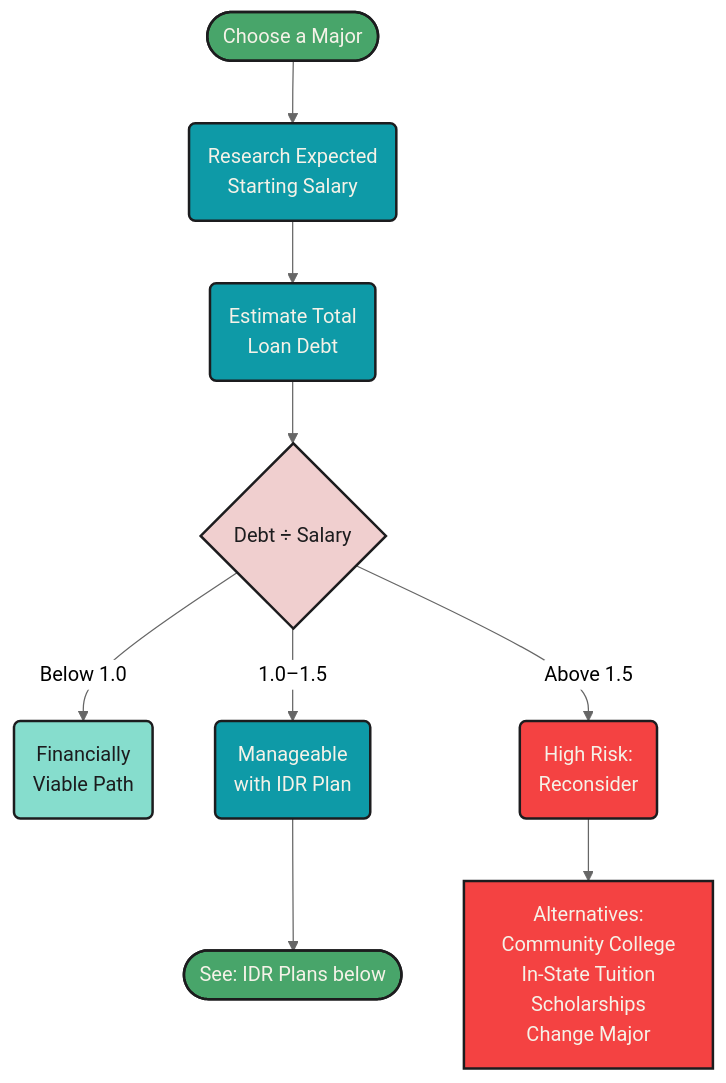
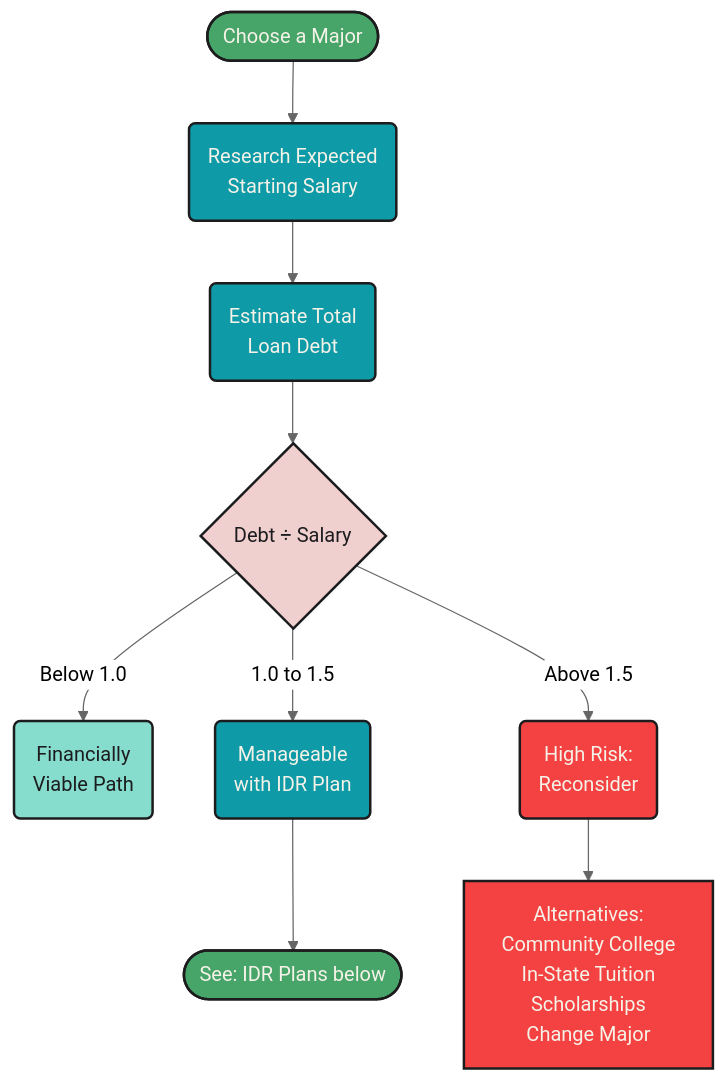
One commit to mjfrigaard/fm-finance changed the second of 7 diagrams in managing_debt.qmd. Above: the diagram before and after it, drawn with Mermaid. The commit also changed other lines of this file and 22 other files, not shown here.

````diff
--- a/managing_debt.qmd
+++ b/managing_debt.qmd
@@ -108,24 +108,24 @@
 ```{mermaid}
 %%| fig-cap: 'Major vs. Salary vs. Debt'
 %%| fig-align: center
 %%{init: {'theme': 'neutral', 'themeVariables': { 'fontFamily': 'monospace', "darkMode":false, "fontSize":"16px"}}}%%
 
 flowchart TD
     MajorChoice(["Choose a Major"]) --> ResearchSal("Research Expected<br>Starting Salary")
     ResearchSal --> EstDebt("Estimate Total<br>Loan Debt")
     EstDebt --> RatioCheck{"Debt ÷ Salary"}
     RatioCheck -->|"Below 1.0"| Viable("Financially<br>Viable Path")
-    RatioCheck -->|"1.0–1.5"| IDRPath("Manageable<br>with IDR Plan")
+    RatioCheck -->|"1.0 to 1.5"| IDRPath("Manageable<br>with IDR Plan")
     RatioCheck -->|"Above 1.5"| HighRisk("High Risk:<br>Reconsider")
     HighRisk --> Alternatives["Alternatives:<br>Community College<br>In-State Tuition<br>Scholarships<br>Change Major"]
     IDRPath --> IDRSection(["See: IDR Plans below"])
     style MajorChoice fill:#48a56a,color:#F5F2E8,stroke:#1C1C1E,stroke-width:2px
     style ResearchSal fill:#0e9aa7,color:#F5F2E8,stroke:#1C1C1E,stroke-width:2px
     style EstDebt fill:#0e9aa7,color:#F5F2E8,stroke:#1C1C1E,stroke-width:2px
     style RatioCheck fill:#f0cfcf,color:#1C1C1E,stroke:#1C1C1E,stroke-width:2px
     style Viable fill:#86ddcd,color:#1C1C1E,stroke:#1C1C1E,stroke-width:2px
     style IDRPath fill:#0e9aa7,color:#F5F2E8,stroke:#1C1C1E,stroke-width:2px
     style HighRisk fill:#f44242,color:#F5F2E8,stroke:#1C1C1E,stroke-width:2px
     style Alternatives fill:#f44242,color:#F5F2E8,stroke:#1C1C1E,stroke-width:2px
     style IDRSection fill:#48a56a,color:#F5F2E8,stroke:#1C1C1E,stroke-width:2px
 ```
````
